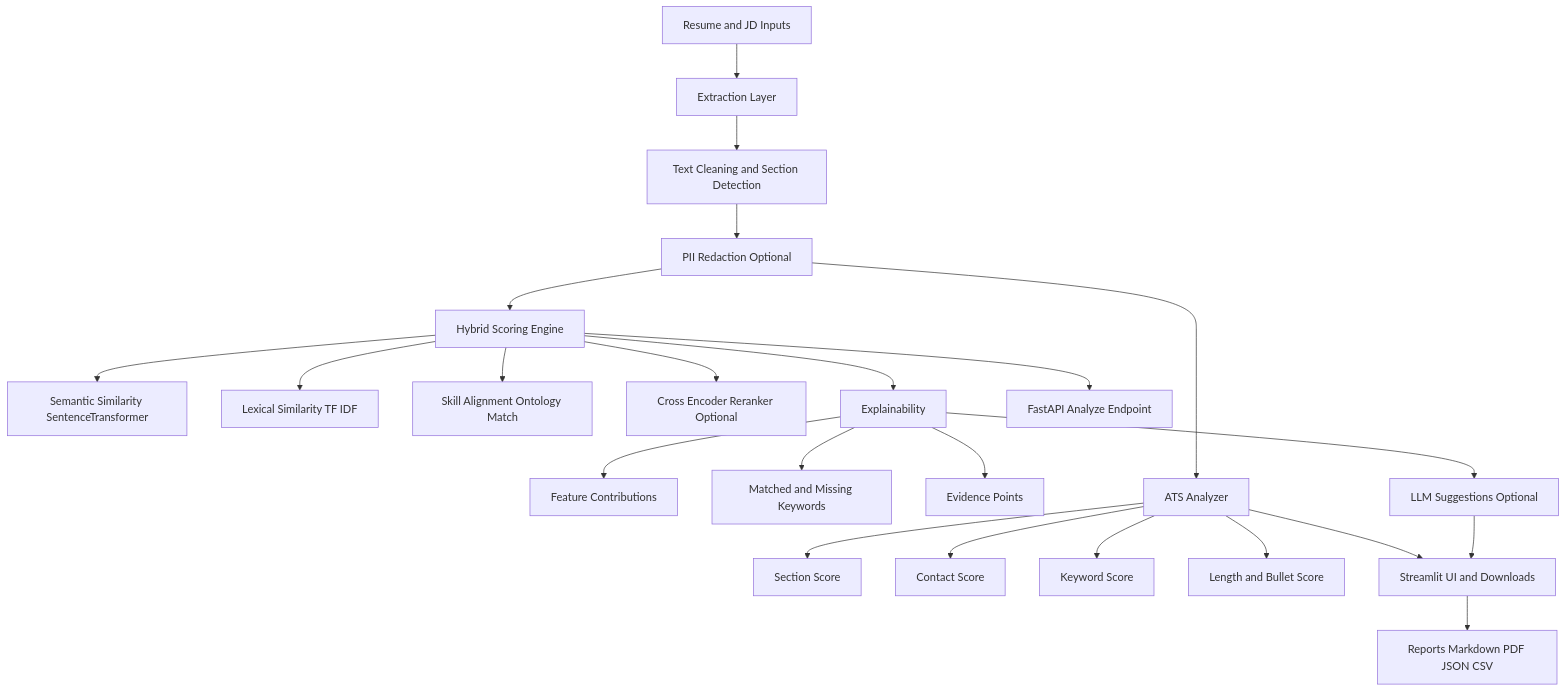
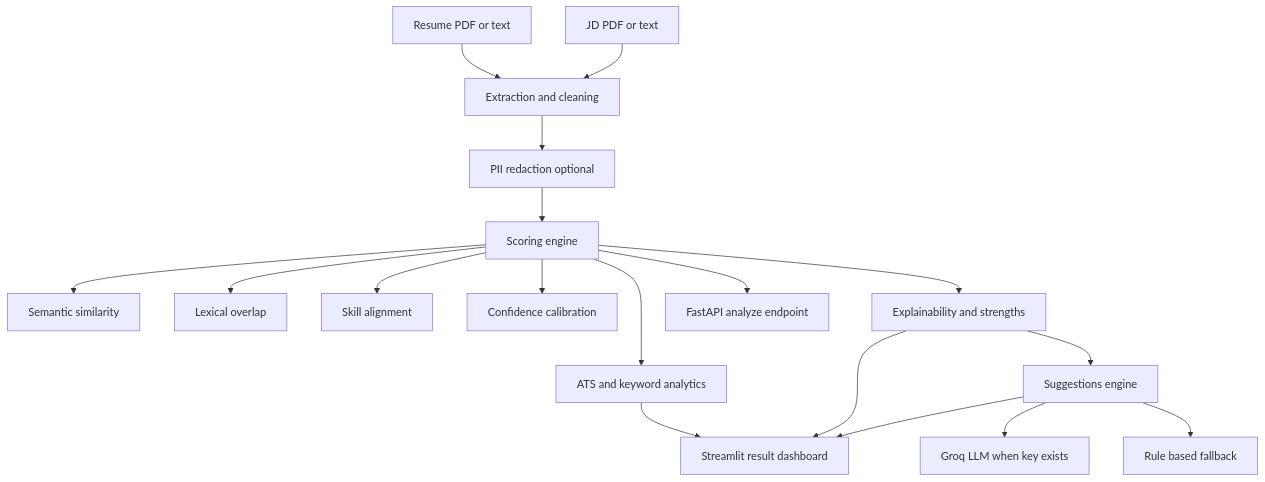
One commit to shinzoxD/ai-resume-screener-job-matcher changed the diagram in README.md. Above: the diagram before and after it, drawn with Mermaid. The commit also changed other lines of this file and 4 other files, not shown here.

````diff
--- a/README.md
+++ b/README.md
@@ -75,25 +61,20 @@
 ```mermaid
 flowchart TD
-    A[Resume and JD Inputs] --> B[Extraction Layer]
-    B --> C[Text Cleaning and Section Detection]
-    C --> D[PII Redaction Optional]
-    D --> E[Hybrid Scoring Engine]
-    E --> E1[Semantic Similarity SentenceTransformer]
-    E --> E2[Lexical Similarity TF IDF]
-    E --> E3[Skill Alignment Ontology Match]
-    E --> E4[Cross Encoder Reranker Optional]
-    E --> F[Explainability]
-    F --> F1[Feature Contributions]
-    F --> F2[Matched and Missing Keywords]
-    F --> F3[Evidence Points]
-    D --> G[ATS Analyzer]
-    G --> G1[Section Score]
-    G --> G2[Contact Score]
-    G --> G3[Keyword Score]
-    G --> G4[Length and Bullet Score]
-    F --> H[LLM Suggestions Optional]
-    G --> I[Streamlit UI and Downloads]
-    H --> I
-    E --> J[FastAPI Analyze Endpoint]
-    I --> K[Reports Markdown PDF JSON CSV]
+    A["Resume PDF or text"] --> B["Extraction and cleaning"]
+    A2["JD PDF or text"] --> B
+    B --> C["PII redaction optional"]
+    C --> D["Scoring engine"]
+    D --> D1["Semantic similarity"]
+    D --> D2["Lexical overlap"]
+    D --> D3["Skill alignment"]
+    D --> D4["Confidence calibration"]
+    D --> E["ATS and keyword analytics"]
+    D --> F["Explainability and strengths"]
+    F --> G["Suggestions engine"]
+    G --> G1["Groq LLM when key exists"]
+    G --> G2["Rule based fallback"]
+    E --> H["Streamlit result dashboard"]
+    F --> H
+    G --> H
+    D --> I["FastAPI analyze endpoint"]
 ```
````
